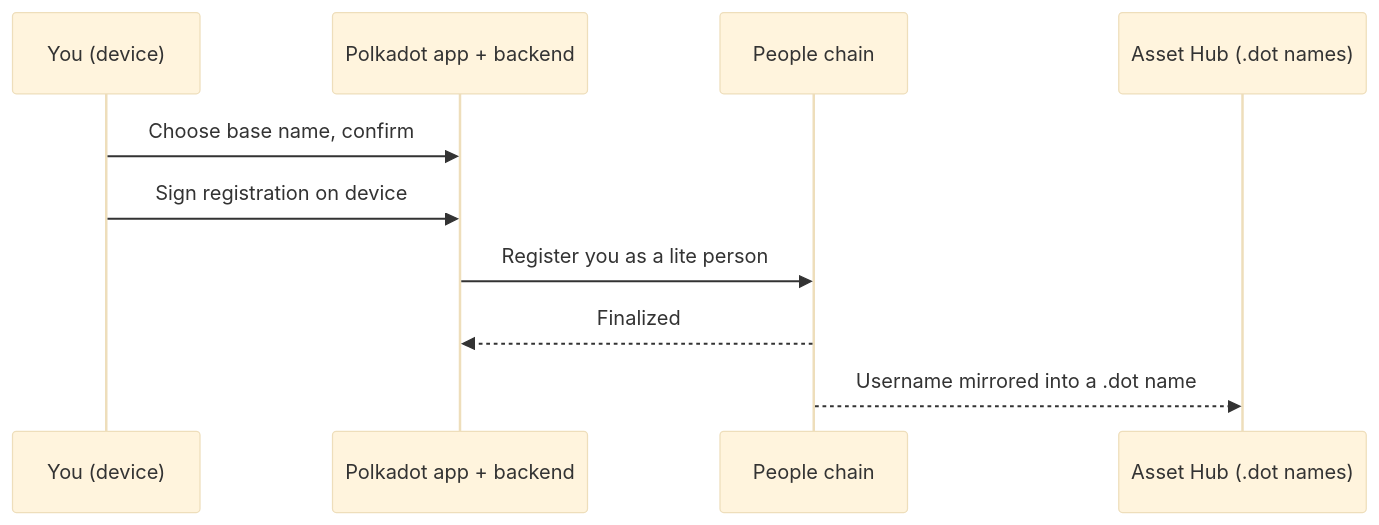
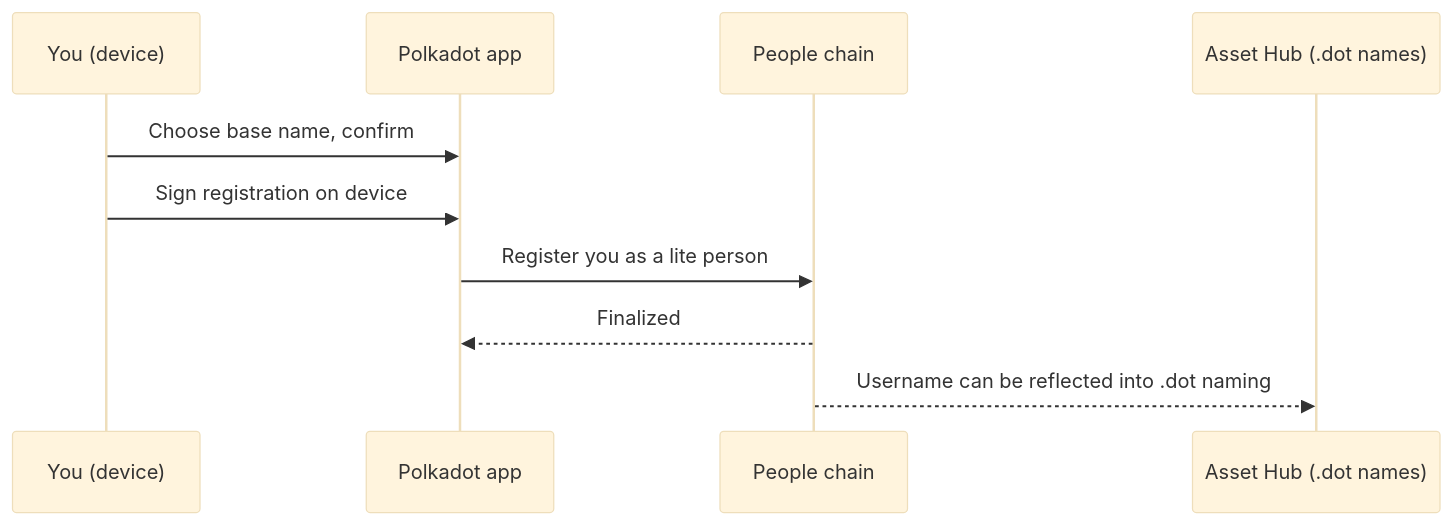
One commit to Polkadot-Community-Foundation/polkadot-app-docs changed the diagram in docs/guides/username-and-personhood.md. Above: the diagram before and after it, drawn with Mermaid (base theme). The commit also changed other lines of this file and 8 other files, not shown here.

````diff
--- a/docs/guides/username-and-personhood.md
+++ b/docs/guides/username-and-personhood.md
@@ -67,12 +66,12 @@
 ```mermaid
 sequenceDiagram
     participant You as You (device)
-    participant App as Polkadot app + backend
+    participant App as Polkadot app
     participant People as People chain
     participant DotNS as Asset Hub (.dot names)
     You->>App: Choose base name, confirm
     You->>App: Sign registration on device
     App->>People: Register you as a lite person
     People-->>App: Finalized
-    People-->>DotNS: Username mirrored into a .dot name
+    People-->>DotNS: Username can be reflected into .dot naming
 ```
````
